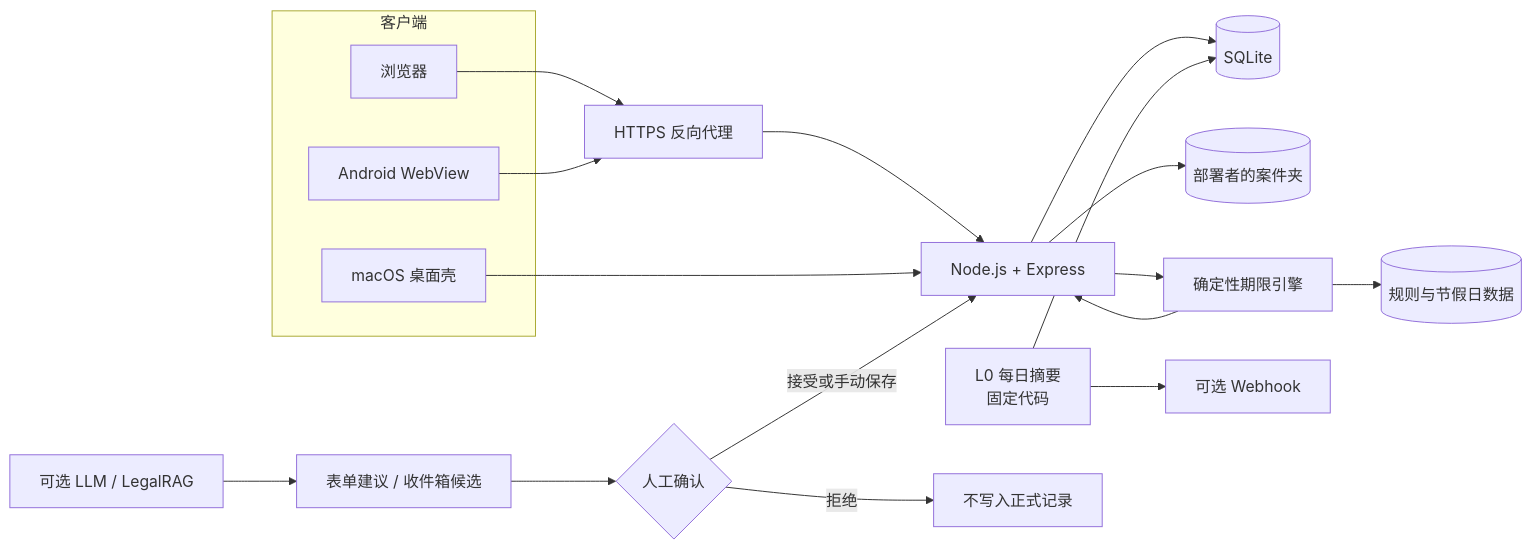
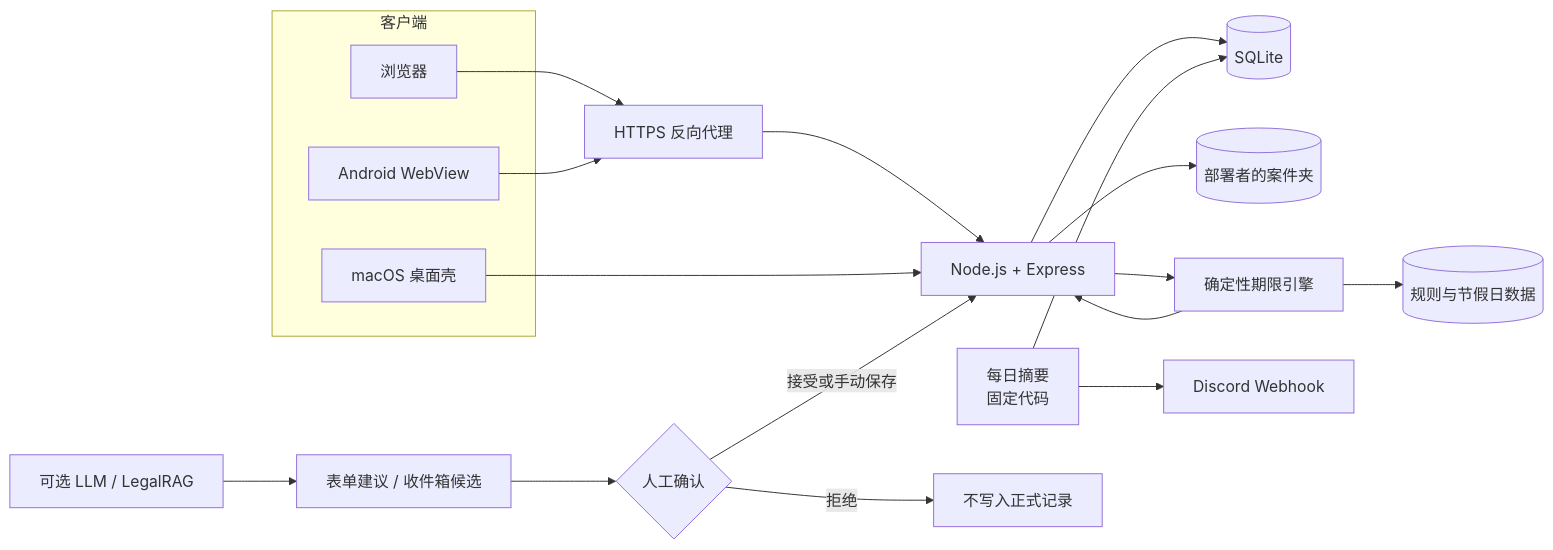
Before and after one commit to zj-ai-lab/anqi: the diagram in README.md, drawn with Mermaid. The commit also changed other lines of this file and 2 other files, not shown here.

````diff
--- a/README.md
+++ b/README.md
@@ -78,36 +200,36 @@
 ```mermaid
 flowchart LR
   subgraph Clients[客户端]
     Web[浏览器]
     Mac[macOS 桌面壳]
     Android[Android WebView]
   end
 
   Proxy[HTTPS 反向代理]
   App[Node.js + Express]
   DB[(SQLite)]
   Files[(部署者的案件夹)]
   Engine[确定性期限引擎]
   Rules[(规则与节假日数据)]
-  Digest[L0 每日摘要<br/>固定代码]
-  Webhook[可选 Webhook]
+  Digest[每日摘要<br/>固定代码]
+  Webhook[Discord Webhook]
 
   Web --> Proxy
   Android --> Proxy
   Proxy --> App
   Mac --> App
   App --> DB
   App --> Files
   App --> Engine
   Engine --> Rules
   Engine --> App
   Digest --> DB
   Digest --> Webhook
 
   Model[可选 LLM / LegalRAG]
   Candidate[表单建议 / 收件箱候选]
   Human{人工确认}
   Model --> Candidate --> Human
   Human -->|接受或手动保存| App
   Human -->|拒绝| Stop[不写入正式记录]
 ```
````
